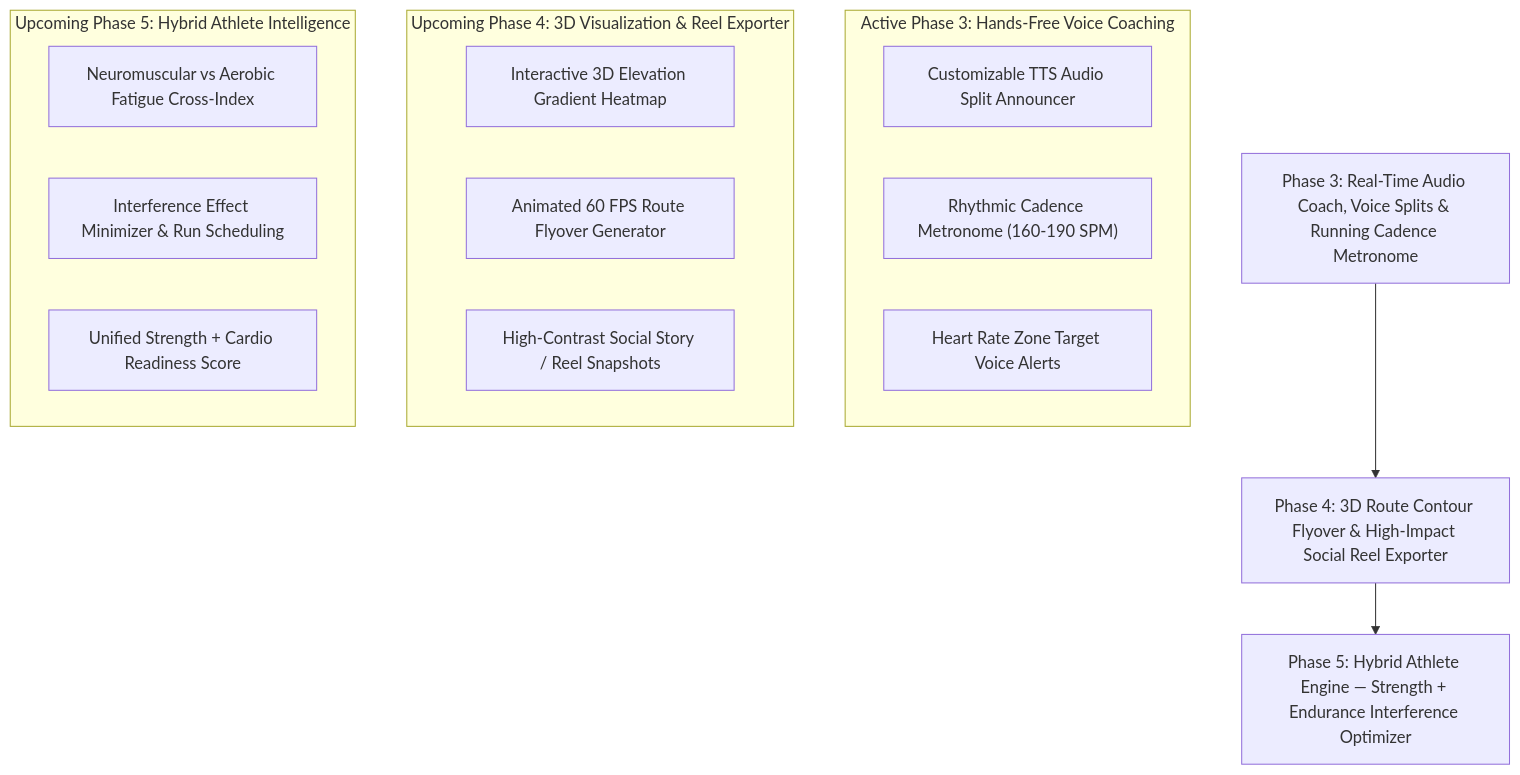
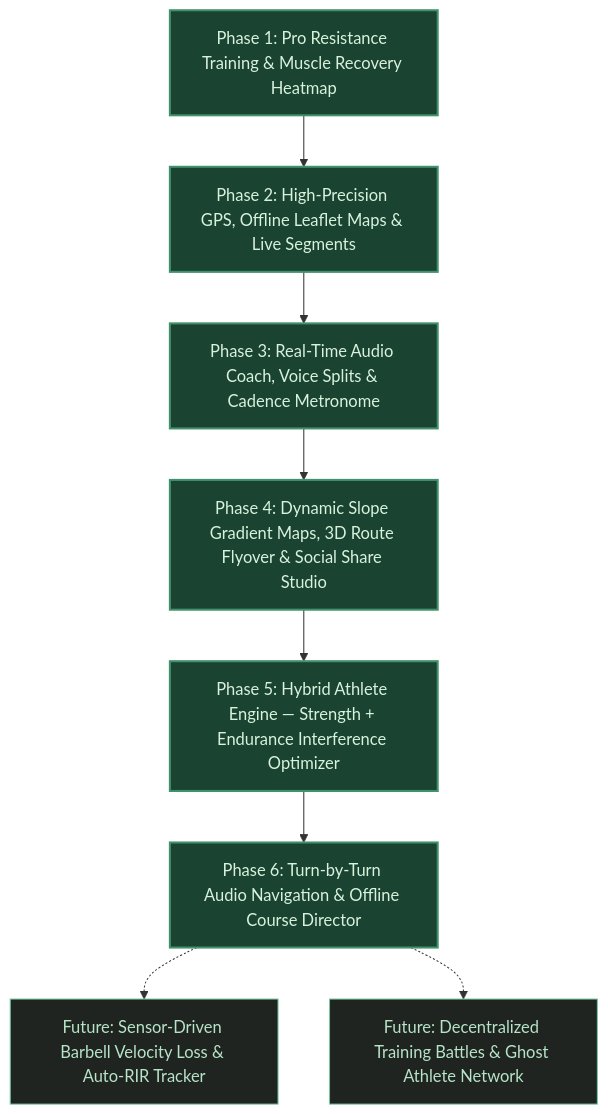
Before and after one commit to im-arshpandher/Thews-Gym-tracker: the diagram in frontend-thews/ROADMAP.md, drawn with Mermaid. The commit also changed other lines of this file and 82 other files, not shown here.

````diff
--- a/frontend-thews/ROADMAP.md
+++ b/frontend-thews/ROADMAP.md
@@ -7,27 +7,26 @@
 ```mermaid
 graph TD
-    P3["Phase 3: Real-Time Audio Coach, Voice Splits & Running Cadence Metronome"]
-    P4["Phase 4: 3D Route Contour Flyover & High-Impact Social Reel Exporter"]
+    P1["Phase 1: Pro Resistance Training & Muscle Recovery Heatmap"]
+    P2["Phase 2: High-Precision GPS, Offline Leaflet Maps & Live Segments"]
+    P3["Phase 3: Real-Time Audio Coach, Voice Splits & Cadence Metronome"]
+    P4["Phase 4: Dynamic Slope Gradient Maps, 3D Route Flyover & Social Share Studio"]
     P5["Phase 5: Hybrid Athlete Engine — Strength + Endurance Interference Optimizer"]
+    P6["Phase 6: Turn-by-Turn Audio Navigation & Offline Course Director"]
+    P7["Future: Sensor-Driven Barbell Velocity Loss & Auto-RIR Tracker"]
+    P8["Future: Decentralized Training Battles & Ghost Athlete Network"]
 
+    P1 --> P2
+    P2 --> P3
     P3 --> P4
     P4 --> P5
+    P5 --> P6
+    P6 -.-> P7
+    P6 -.-> P8
 
-    subgraph Active Phase 3: Hands-Free Voice Coaching
-        P3_1["Customizable TTS Audio Split Announcer"]
-        P3_2["Rhythmic Cadence Metronome (160-190 SPM)"]
-        P3_3["Heart Rate Zone Target Voice Alerts"]
-    end
+    classDef completed fill:#1b4332,stroke:#40916c,stroke-width:2px,color:#d8f3dc;
+    classDef inProgress fill:#081c15,stroke:#52b788,stroke-width:2px,color:#95d5b2;
+    classDef upcoming fill:#1f2421,stroke:#74c69d,stroke-width:1px,color:#b7e4c7;
 
-    subgraph Upcoming Phase 4: 3D Visualization & Reel Exporter
-        P4_1["Interactive 3D Elevation Gradient Heatmap"]
-        P4_2["Animated 60 FPS Route Flyover Generator"]
-        P4_3["High-Contrast Social Story / Reel Snapshots"]
-    end
-
-    subgraph Upcoming Phase 5: Hybrid Athlete Intelligence
-        P5_1["Neuromuscular vs Aerobic Fatigue Cross-Index"]
-        P5_2["Interference Effect Minimizer & Run Scheduling"]
-        P5_3["Unified Strength + Cardio Readiness Score"]
-    end
+    class P1,P2,P3,P4,P5,P6 completed;
+    class P7,P8 upcoming;
 ```
````
